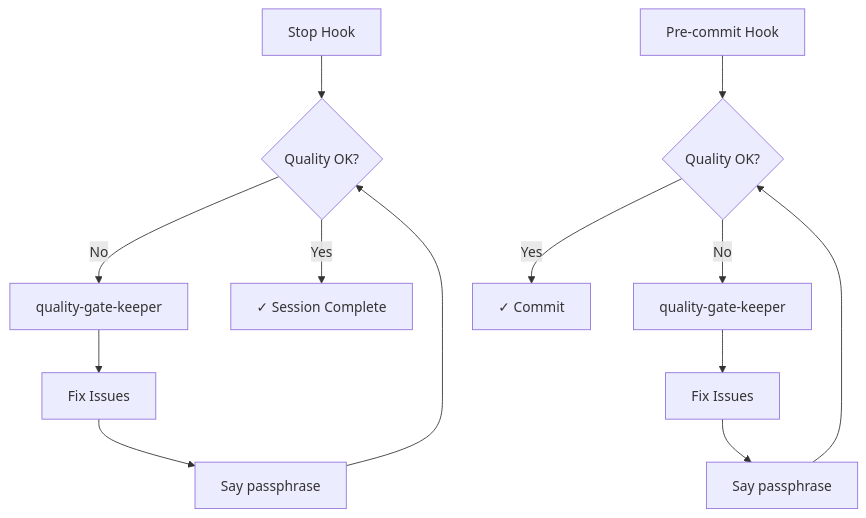
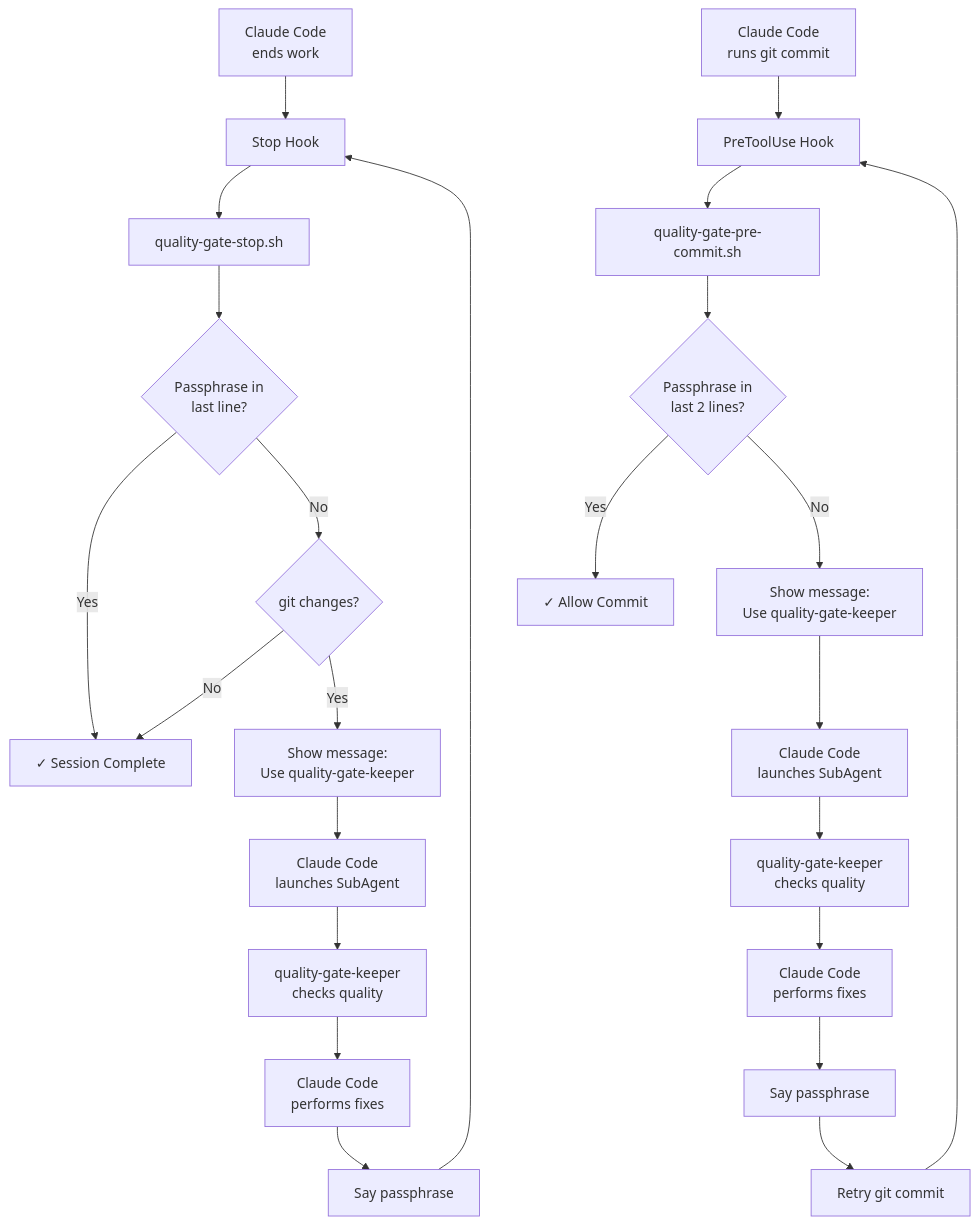
One commit to takahirom/claude-code-quality-gate-example changed the diagram in README.md. Above: the diagram before and after it, drawn with Mermaid. The commit also changed other lines of this file and 4 other files, not shown here.

````diff
--- a/README.md
+++ b/README.md
@@ -16,16 +9,27 @@
 ```mermaid
 flowchart TD
-    A[Stop Hook] --> B{Quality OK?}
-    B -->|No| C[quality-gate-keeper]
-    C --> D[Fix Issues]
-    D --> E[Say passphrase]
-    E --> B
-    B -->|Yes| F[✓ Session Complete]
+    A[Claude Code<br/>ends work] --> B[Stop Hook] 
+    B --> C[quality-gate-stop.sh]
+    C --> D{Passphrase in<br/>last line?}
+    D -->|Yes| E[✓ Session Complete]
+    D -->|No| F{git changes?}
+    F -->|No| E
+    F -->|Yes| G[Show message:<br/>Use quality-gate-keeper]
+    G --> H[Claude Code<br/>launches SubAgent]
+    H --> I[quality-gate-keeper<br/>checks quality]
+    I --> J[Claude Code<br/>performs fixes]
+    J --> K[Say passphrase]
+    K --> B
     
-    G[Pre-commit Hook] --> H{Quality OK?}
-    H -->|No| I[quality-gate-keeper]
-    I --> J[Fix Issues]
-    J --> K[Say passphrase]
-    K --> H
-    H -->|Yes| L[✓ Commit]
+    L[Claude Code<br/>runs git commit] --> M[PreToolUse Hook] 
+    M --> N[quality-gate-pre-commit.sh]
+    N --> O{Passphrase in<br/>last 2 lines?}
+    O -->|Yes| P[✓ Allow Commit]
+    O -->|No| Q[Show message:<br/>Use quality-gate-keeper]
+    Q --> R[Claude Code<br/>launches SubAgent]
+    R --> S[quality-gate-keeper<br/>checks quality]
+    S --> T[Claude Code<br/>performs fixes]
+    T --> U[Say passphrase]
+    U --> V[Retry git commit]
+    V --> M
 ```
````
